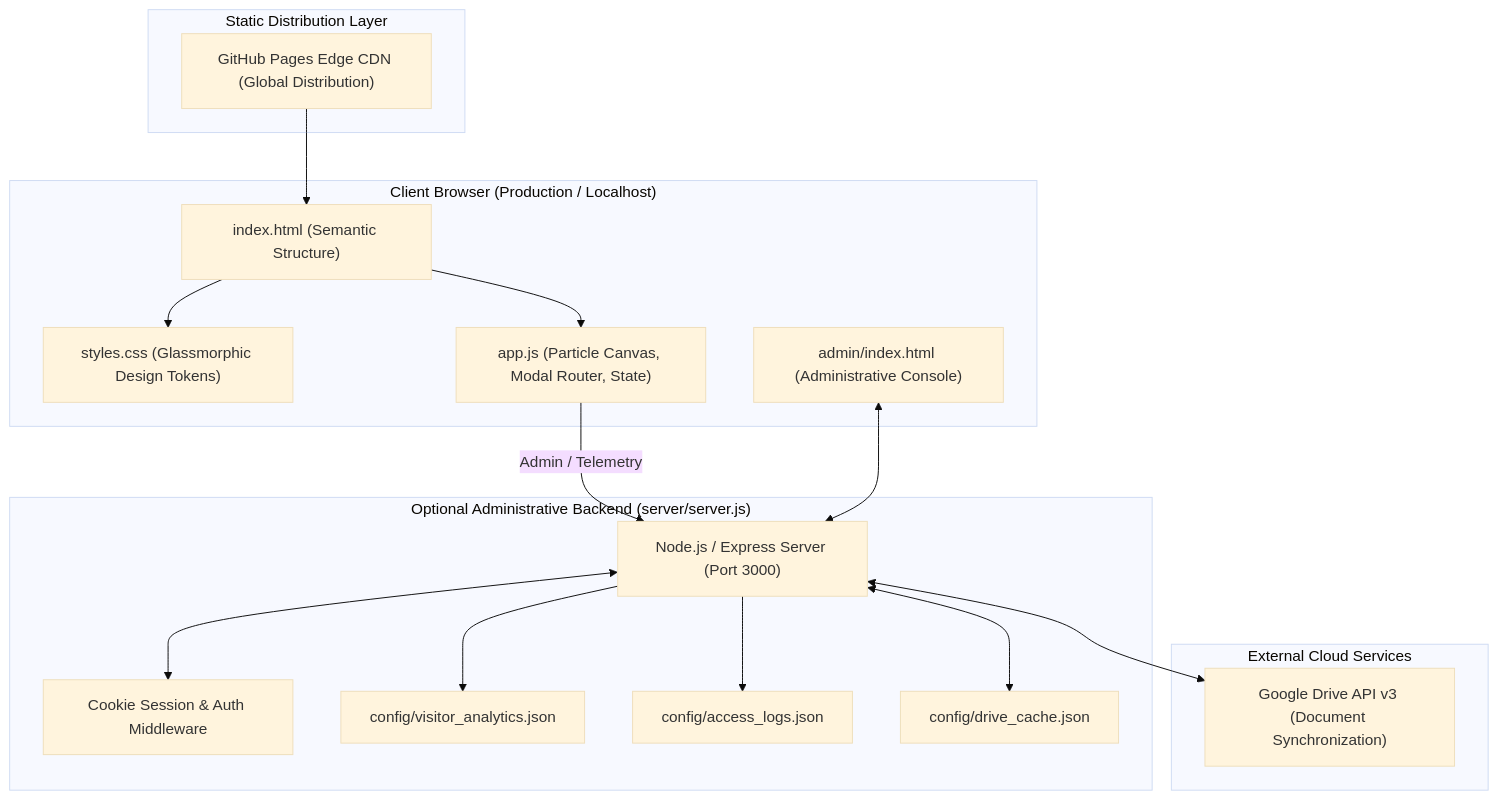
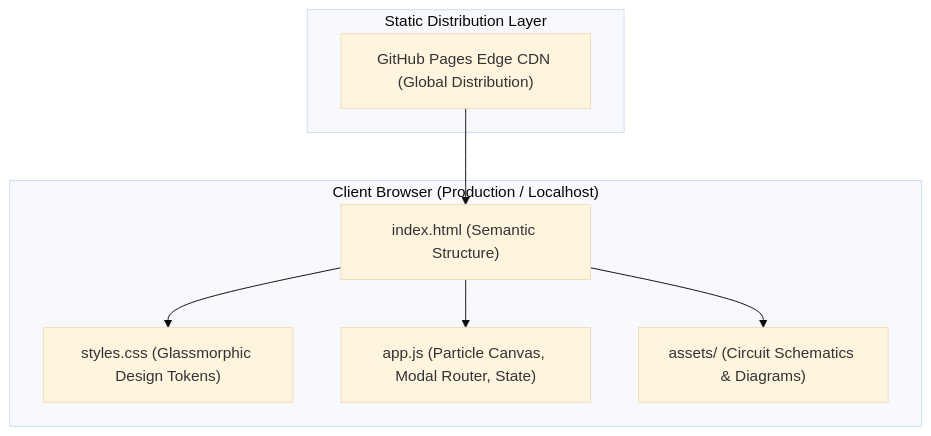
One commit to Hitesh070/Hitesh070.github.io changed the first of 2 diagrams in README.md. Above: the diagram before and after it, drawn with Mermaid (base theme). The commit also changed other lines of this file and 7 other files, not shown here.

Commit message:
chore: remove administrative backend, tunnel script, and admin documentation

````diff
--- a/README.md
+++ b/README.md
@@ -93,36 +92,18 @@
 ```mermaid
 flowchart TD
     subgraph Client ["Client Browser (Production / Localhost)"]
         HTML["index.html (Semantic Structure)"]
         CSS["styles.css (Glassmorphic Design Tokens)"]
         AppJS["app.js (Particle Canvas, Modal Router, State)"]
-        AdminUI["admin/index.html (Administrative Console)"]
+        Assets["assets/ (Circuit Schematics & Diagrams)"]
     end
 
     subgraph CDN ["Static Distribution Layer"]
         GHPages["GitHub Pages Edge CDN (Global Distribution)"]
     end
 
-    subgraph Backend ["Optional Administrative Backend (server/server.js)"]
-        Express["Node.js / Express Server (Port 3000)"]
-        AuthMid["Cookie Session & Auth Middleware"]
-        AnalyticsStore["config/visitor_analytics.json"]
-        LogStore["config/access_logs.json"]
-        DriveCache["config/drive_cache.json"]
-    end
-
-    subgraph External ["External Cloud Services"]
-        GoogleDrive["Google Drive API v3 (Document Synchronization)"]
-    end
-
     GHPages --> HTML
     HTML --> CSS
     HTML --> AppJS
-    AppJS -- "Admin / Telemetry" --> Express
-    AdminUI <--> Express
-    Express <--> AuthMid
-    Express --> AnalyticsStore
-    Express --> LogStore
-    Express <--> DriveCache
-    Express <--> GoogleDrive
+    HTML --> Assets
 ```
````
